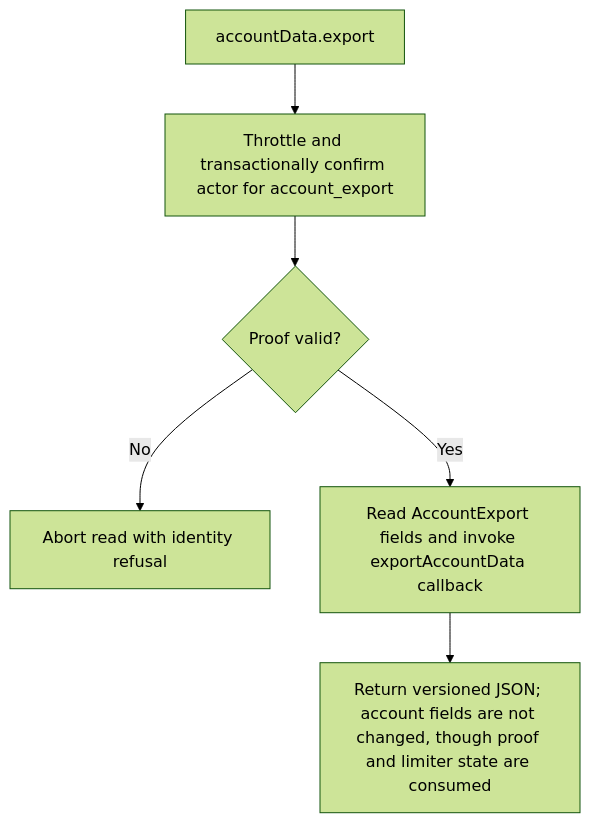
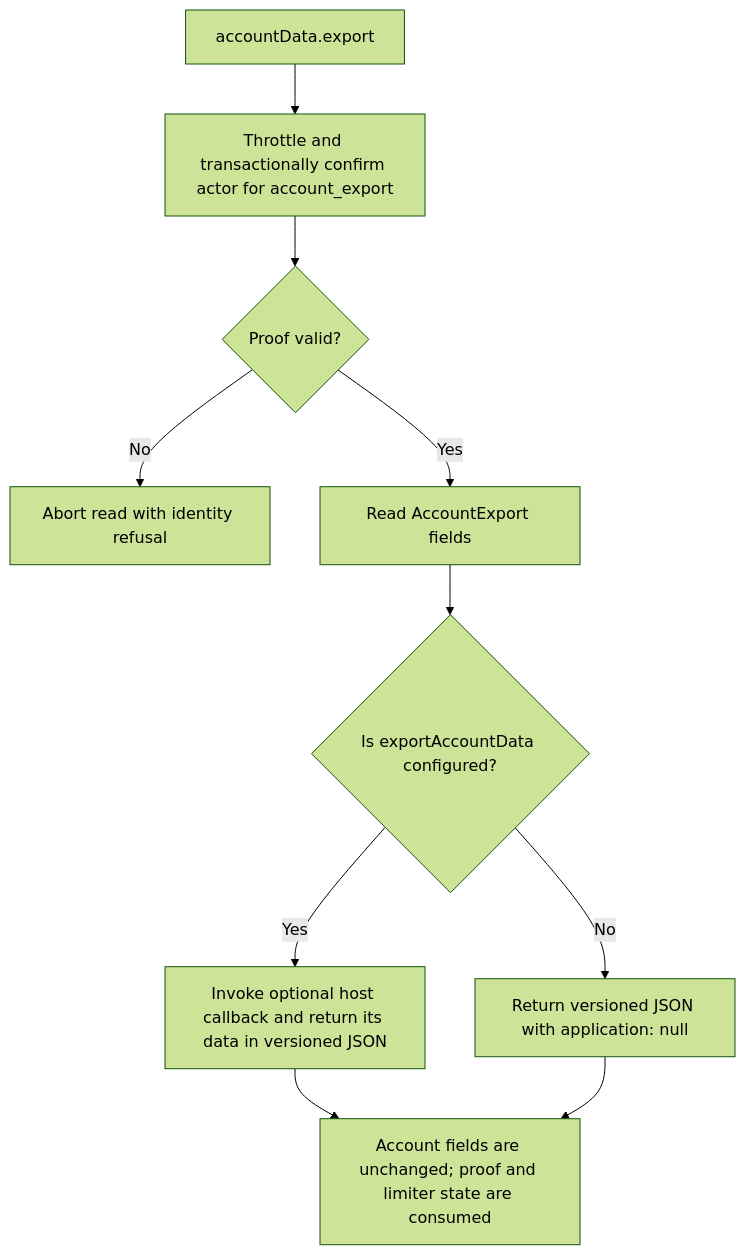
Before and after one commit to Kevinjohn/oss-adonisjs-account-kit: the second of 2 diagrams in user-stories/US-ACCOUNT-18-export-account.md, drawn with Mermaid (forest theme). The commit also changed other lines of this file and 15 other files, not shown here.

````diff
--- a/user-stories/US-ACCOUNT-18-export-account.md
+++ b/user-stories/US-ACCOUNT-18-export-account.md
@@ -29,8 +29,12 @@
 ```mermaid
 flowchart TD
  A["accountData.export"] --> B["Throttle and transactionally confirm actor for account_export"]
  B --> C{"Proof valid?"}
  C -->|No| D["Abort read with identity refusal"]
- C -->|Yes| E["Read AccountExport fields and invoke exportAccountData callback"]
- E --> F["Return versioned JSON; account fields are not changed, though proof and limiter state are consumed"]
+ C -->|Yes| E["Read AccountExport fields"]
+ E --> F{"Is exportAccountData configured?"}
+ F -->|Yes| G["Invoke optional host callback and return its data in versioned JSON"]
+ F -->|No| H["Return versioned JSON with application: null"]
+ G --> I["Account fields are unchanged; proof and limiter state are consumed"]
+ H --> I
 ```
````
